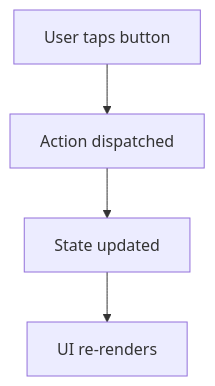
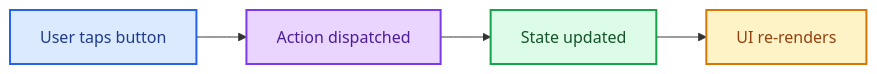
The diagram in skills/breaker/SKILL.md (Victorcorcos/skills), drawn with Mermaid before and after one commit. The commit also changed other lines of this file and 1 other file, not shown here.

````diff
--- a/skills/breaker/SKILL.md
+++ b/skills/breaker/SKILL.md
@@ -180,4 +267,9 @@
 ```mermaid
-flowchart TD
+flowchart LR
     A[User taps button] --> B[Action dispatched] --> C[State updated] --> D[UI re-renders]
+
+    style A fill:#dbeafe,stroke:#2563eb,stroke-width:2px,color:#1e3a8a
+    style B fill:#e9d5ff,stroke:#7c3aed,stroke-width:2px,color:#4c1d95
+    style C fill:#dcfce7,stroke:#16a34a,stroke-width:2px,color:#14532d
+    style D fill:#fef3c7,stroke:#d97706,stroke-width:2px,color:#92400e
 ```
````
